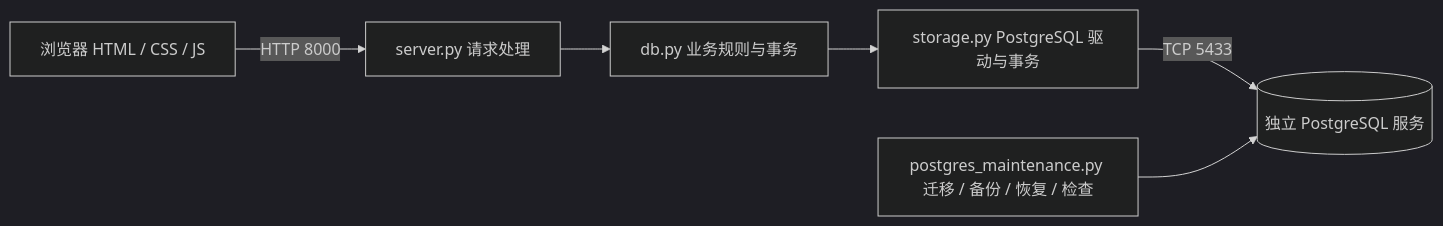
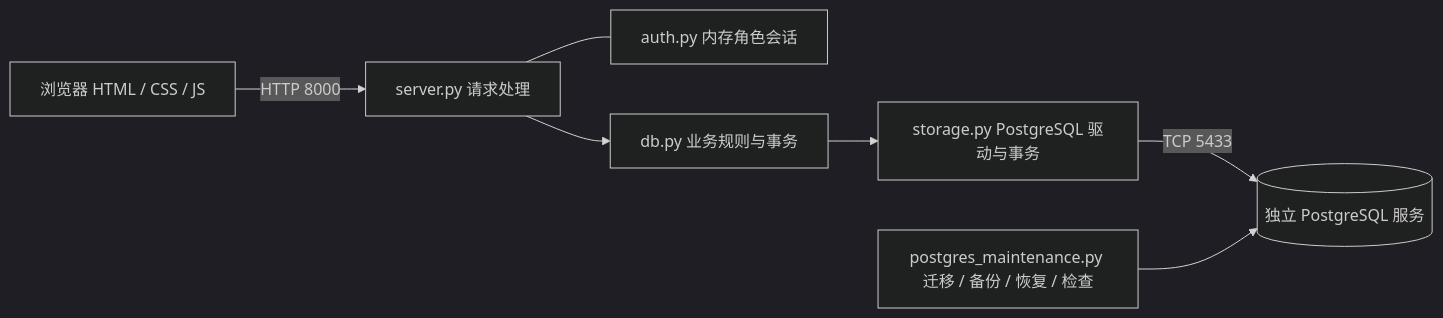
Before and after one commit to zyb-sjtu/virtual-supermarket: the diagram in README.md, drawn with Mermaid (dark theme). The commit also changed other lines of this file and 37 other files, not shown here.

````diff
--- a/README.md
+++ b/README.md
@@ -61,8 +68,9 @@
 ```mermaid
 flowchart LR
     B[浏览器 HTML / CSS / JS] -->|HTTP 8000| H[server.py 请求处理]
+    H --- AU[auth.py 内存角色会话]
     H --> D[db.py 业务规则与事务]
     D --> A[storage.py PostgreSQL 驱动与事务]
     A -->|TCP 5433| P[(独立 PostgreSQL 服务)]
     M[postgres_maintenance.py 迁移 / 备份 / 恢复 / 检查] --> P
 ```
````
